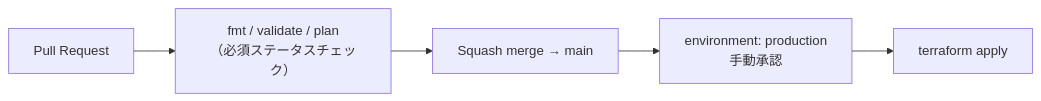
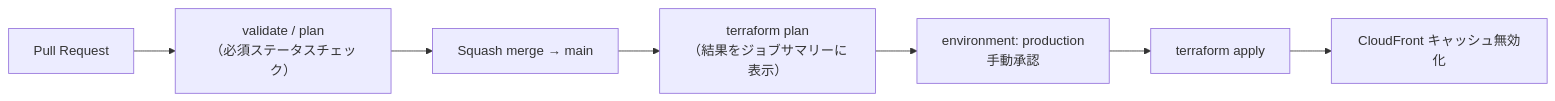
One commit to rkawasaki02/video-garage changed the diagram in README.md. Above: the diagram before and after it, drawn with Mermaid. The commit also changed other lines of this file and 3 other files, not shown here.

````diff
--- a/README.md
+++ b/README.md
@@ -110,7 +108,9 @@
 ```mermaid
 flowchart LR
-    PR[Pull Request] --> CHK["fmt / validate / plan<br>（必須ステータスチェック）"]
+    PR[Pull Request] --> CHK["validate / plan<br>（必須ステータスチェック）"]
     CHK --> MG[Squash merge → main]
-    MG --> AP["environment: production<br>手動承認"]
+    MG --> PLAN["terraform plan<br>（結果をジョブサマリーに表示）"]
+    PLAN --> AP["environment: production<br>手動承認"]
     AP --> APPLY[terraform apply]
+    APPLY --> INV[CloudFront キャッシュ無効化]
 ```
````
